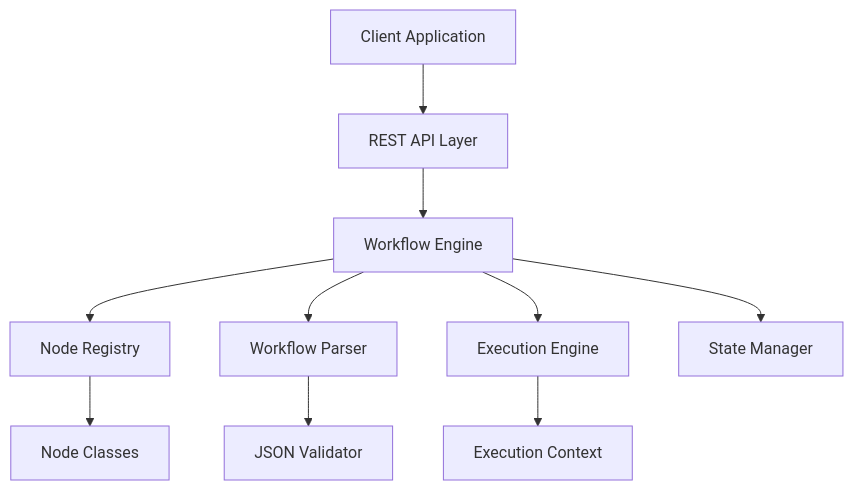
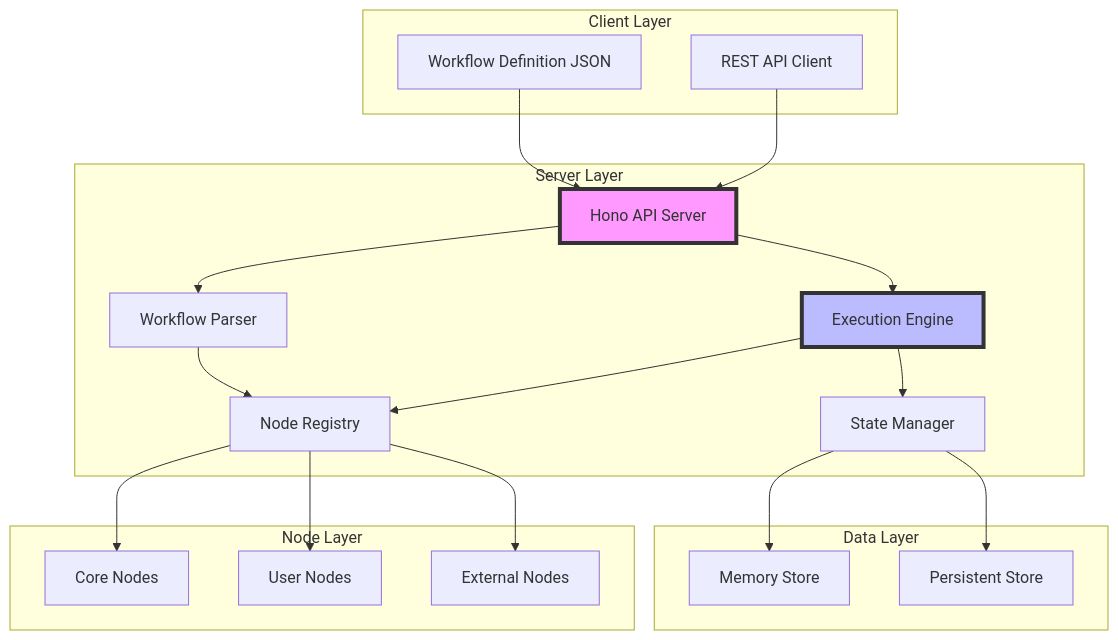
The first of 3 diagrams in .kiro/specs/json-workflow-engine/design.md (Narcis13/workscript), drawn with Mermaid before and after one commit. The commit also changed other lines of this file and 15 other files, not shown here.

````diff
--- a/.kiro/specs/json-workflow-engine/design.md
+++ b/.kiro/specs/json-workflow-engine/design.md
@@ -11,12 +15,42 @@
 ```mermaid
 graph TB
-    Client[Client Application] --> API[REST API Layer]
-    API --> Engine[Workflow Engine]
-    Engine --> Registry[Node Registry]
-    Engine --> Parser[Workflow Parser]
-    Engine --> Executor[Execution Engine]
-    Engine --> State[State Manager]
-    Registry --> Nodes[Node Classes]
-    Parser --> Validator[JSON Validator]
-    Executor --> Context[Execution Context]
+    subgraph "Client Layer"
+        WD[Workflow Definition JSON]
+        API[REST API Client]
+    end
+    
+    subgraph "Server Layer"
+        HAPI[Hono API Server]
+        WP[Workflow Parser]
+        EE[Execution Engine]
+        NR[Node Registry]
+        SM[State Manager]
+    end
+    
+    subgraph "Node Layer"
+        CN[Core Nodes]
+        UN[User Nodes]
+        EN[External Nodes]
+    end
+    
+    subgraph "Data Layer"
+        MS[Memory Store]
+        PS[Persistent Store]
+    end
+    
+    WD --> HAPI
+    API --> HAPI
+    HAPI --> WP
+    WP --> NR
+    HAPI --> EE
+    EE --> NR
+    EE --> SM
+    NR --> CN
+    NR --> UN
+    NR --> EN
+    SM --> MS
+    SM --> PS
+    
+    style HAPI fill:#f9f,stroke:#333,stroke-width:4px
+    style EE fill:#bbf,stroke:#333,stroke-width:4px
 ```
````
